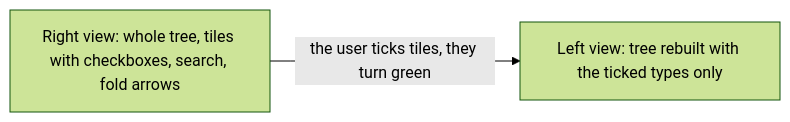
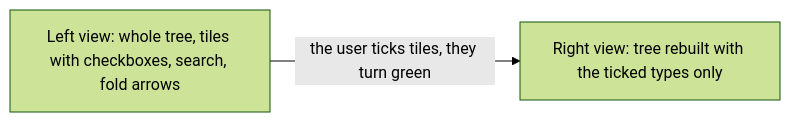
Before and after one commit to AlexandreGallais/synoptic-studio-spec: the second of 3 diagrams in metadata/10-libraries.md, drawn with Mermaid (forest theme). The commit also changed other lines of this file and 14 other files, not shown here.

````diff
--- a/metadata/10-libraries.md
+++ b/metadata/10-libraries.md
@@ -53,4 +53,4 @@
 ```mermaid
 flowchart LR
-    R["Right view: whole tree, tiles with checkboxes, search, fold arrows"] -->|"the user ticks tiles, they turn green"| L["Left view: tree rebuilt with the ticked types only"]
+    L["Left view: whole tree, tiles with checkboxes, search, fold arrows"] -->|"the user ticks tiles, they turn green"| R["Right view: tree rebuilt with the ticked types only"]
 ```
````
